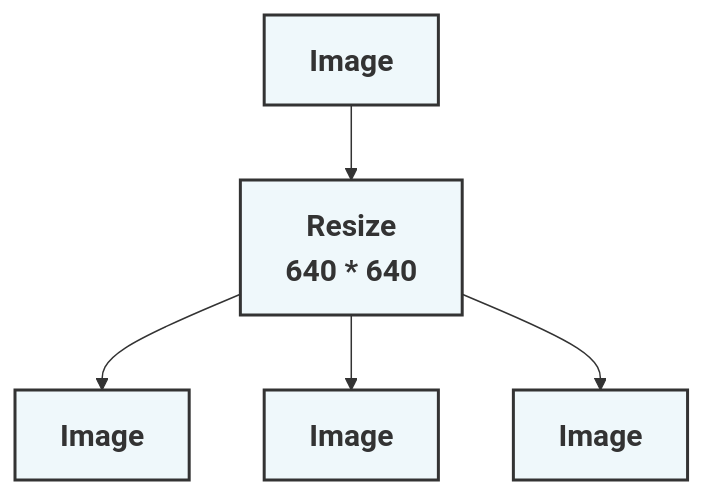
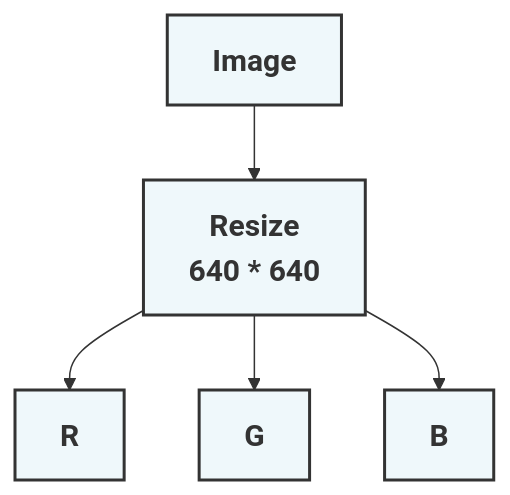
The second of 2 diagrams in Readme.md (201710808/-p), drawn with Mermaid before and after one commit.

````diff
--- a/Readme.md
+++ b/Readme.md
@@ -13,13 +13,13 @@
 ```mermaid
 graph
 A[<b><span style='font-size:20px'>Image</span></b>]-->B[<b><span style='font-size:20px'>Resize<br>640 * 640</span></b>]
-B-->C1[<b><span style='font-size:20px'>Image</span></b>]
-B-->C2[<b><span style='font-size:20px'>Image</span></b>]
-B-->C3[<b><span style='font-size:20px'>Image</span></b>]
+B-->C1[<b><span style='font-size:20px'>R</span></b>]
+B-->C2[<b><span style='font-size:20px'>G</span></b>]
+B-->C3[<b><span style='font-size:20px'>B</span></b>]
 
 style A fill:#EFF8FB ,stroke:#333,stroke-width:2px
 style B fill:#EFF8FB ,stroke:#333,stroke-width:2px
 style C1 fill:#EFF8FB ,stroke:#333,stroke-width:2px
 style C2 fill:#EFF8FB ,stroke:#333,stroke-width:2px
 style C3 fill:#EFF8FB ,stroke:#333,stroke-width:2px
 ```
````
